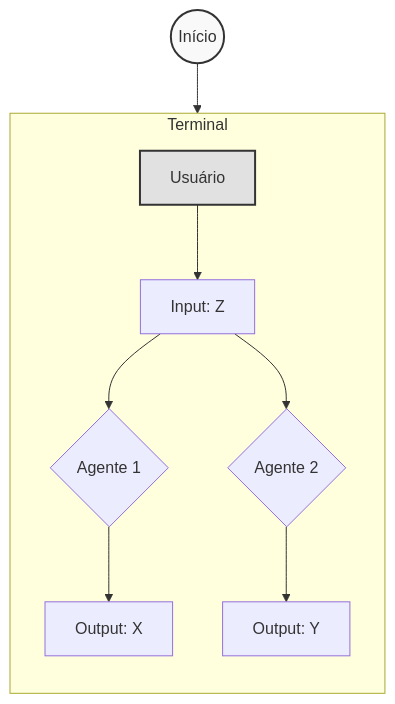
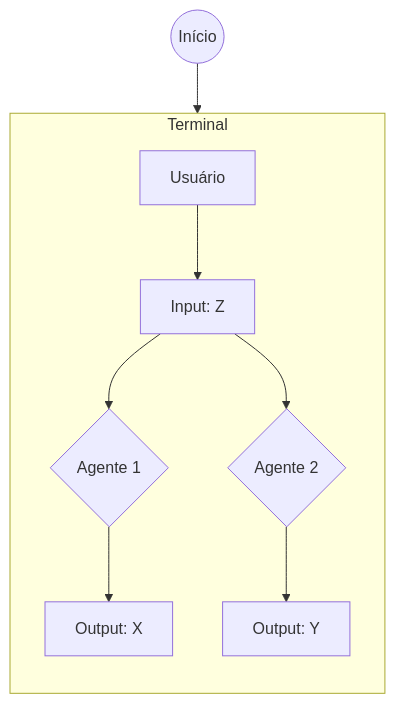
One commit to leosantos2003/Language-Games changed the second of 2 diagrams in README.md. Above: the diagram before and after it, drawn with Mermaid. The commit also changed other lines of this file, not shown here.

````diff
--- a/README.md
+++ b/README.md
@@ -92,30 +88,21 @@
 ```mermaid
 graph TD
     %% --- NÓ EXTERNO ---
     %% Nó "Início" fora da área, conectando-se ao "Usuário" dentro
     NewStart((Início)) --> User[Usuário]
 
     %% --- NOVA ÁREA TERMINAL ---
     subgraph TerminalArea [Terminal]
         direction TB
         %% O antigo nó "Terminal" agora é "Usuário" e está aqui dentro
         User --> Term_Input[Input: Z]
         
         %% Decisões Finais
         Term_Input --> T_Ag1{Agente 1}
         Term_Input --> T_Ag2{Agente 2}
         
         %% Outputs Finais
         T_Ag1 --> FinalX[Output: X]
         T_Ag2 --> FinalY[Output: Y]
     end
-
-    %% --- ESTILOS ---
-    %% Estilo para o novo Início (redondo e destacado)
-    classDef startStyle fill:#f9f9f9,stroke:#333,stroke-width:2px;
-    class NewStart startStyle;
-
-    %% Estilo para o nó Usuário (destacado)
-    classDef userStyle fill:#e1e1e1,stroke:#333,stroke-width:2px;
-    class User userStyle;
 ```
````
